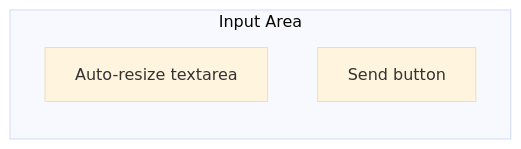
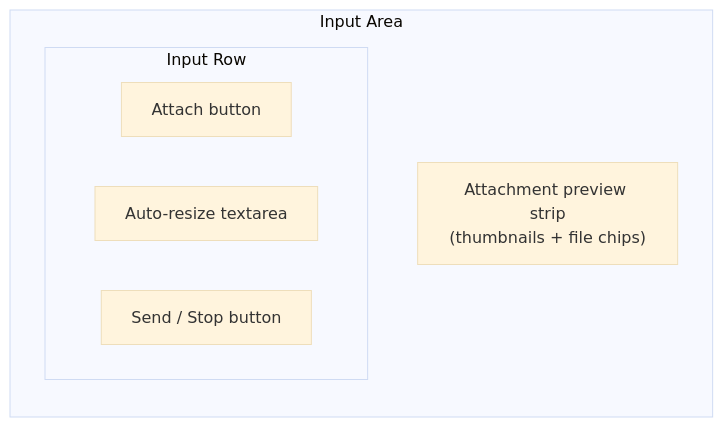
One commit to Wh1isper/netherbrain changed the fourth of 7 diagrams in ui/spec/02-chat.md. Above: the diagram before and after it, drawn with Mermaid (base theme). The commit also changed other lines of this file and 14 other files, not shown here.

````diff
--- a/ui/spec/02-chat.md
+++ b/ui/spec/02-chat.md
@@ -129,7 +129,13 @@
 ```mermaid
-flowchart LR
+flowchart TB
     subgraph Input["Input Area"]
-        TA["Auto-resize textarea"]
-        SEND["Send button"]
+        direction TB
+        PREVIEW["Attachment preview strip<br/>(thumbnails + file chips)"]
+        subgraph Row["Input Row"]
+            direction LR
+            ATTACH["Attach button"]
+            TA["Auto-resize textarea"]
+            SEND["Send / Stop button"]
+        end
     end
 ```
````
